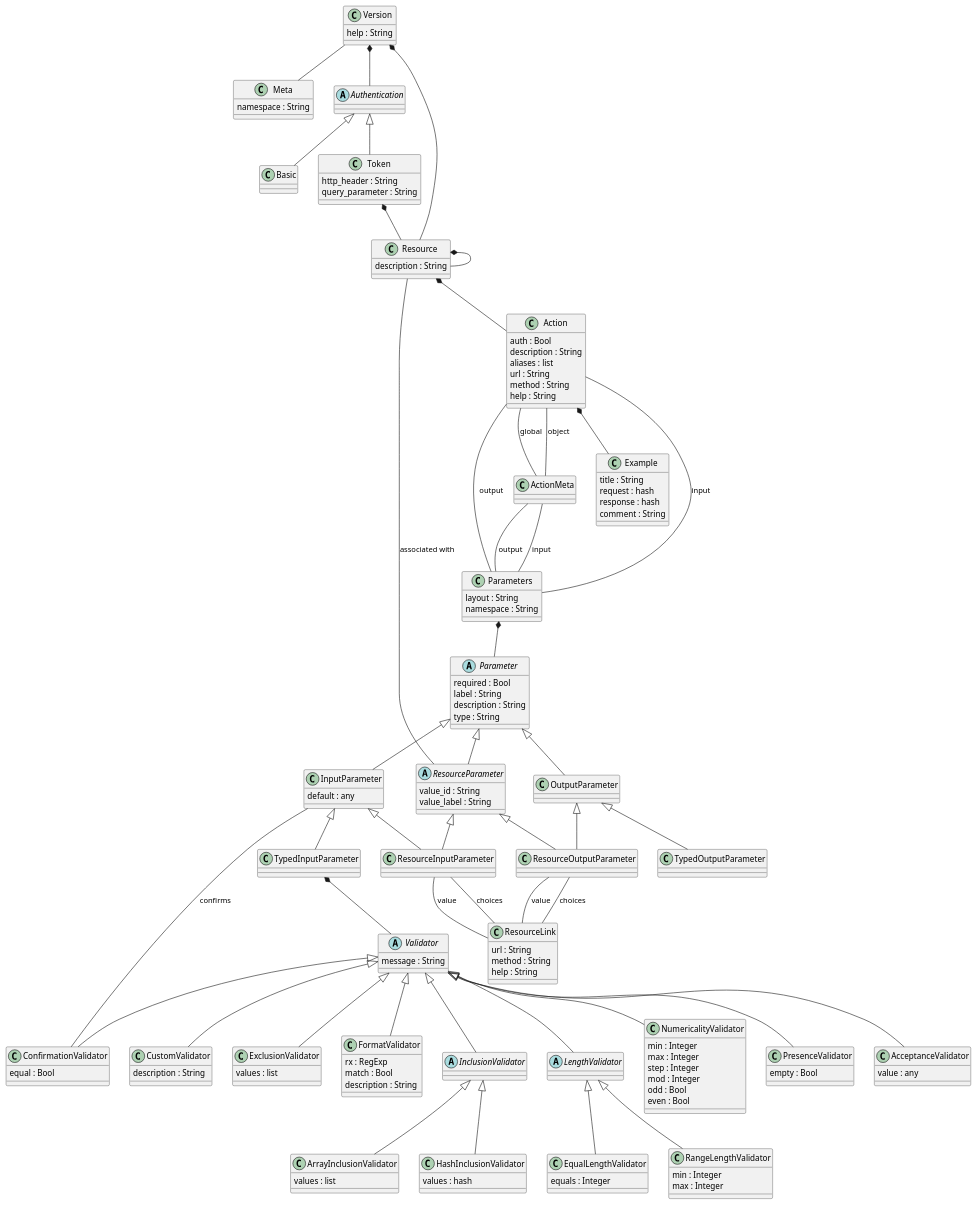
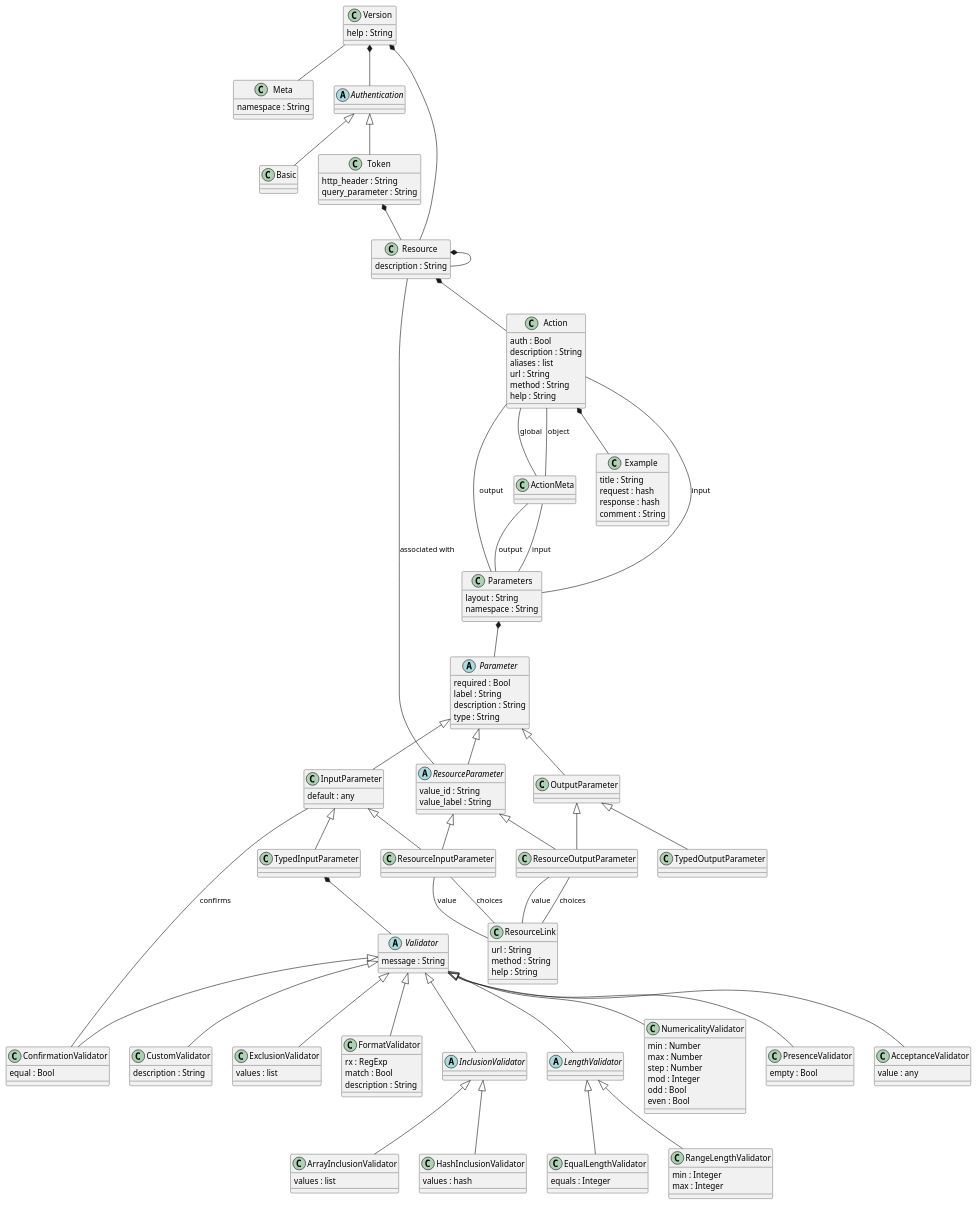
Before and after one commit to vpsfreecz/haveapi: the diagram in doc/protocol.plantuml, drawn with PlantUML. The commit also changed 2 other files, not shown here.

Commit message:
JSON schema: number validator can take float too

```diff
--- a/doc/protocol.plantuml
+++ b/doc/protocol.plantuml
@@ -142,9 +142,9 @@
 }
 
 class NumericalityValidator {
-	min : Integer
-	max : Integer
-	step : Integer
+	min : Number
+	max : Number
+	step : Number
 	mod : Integer
 	odd : Bool
 	even : Bool
```
